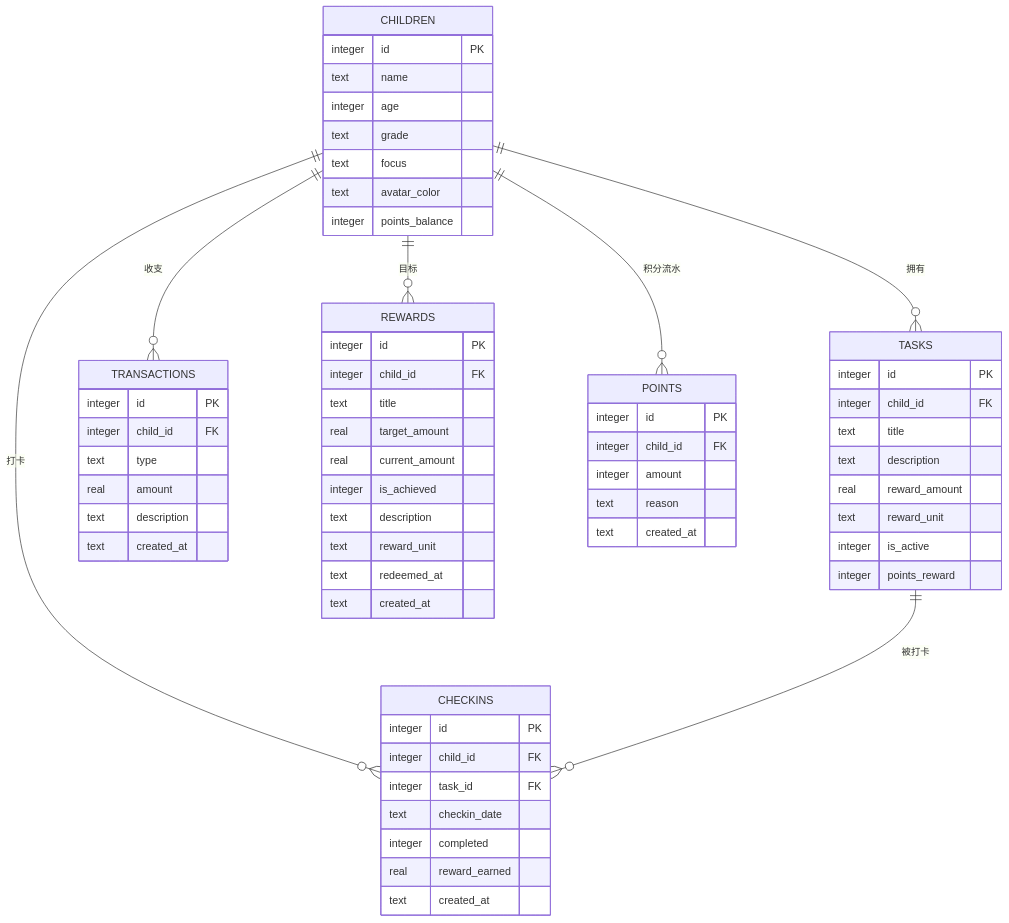
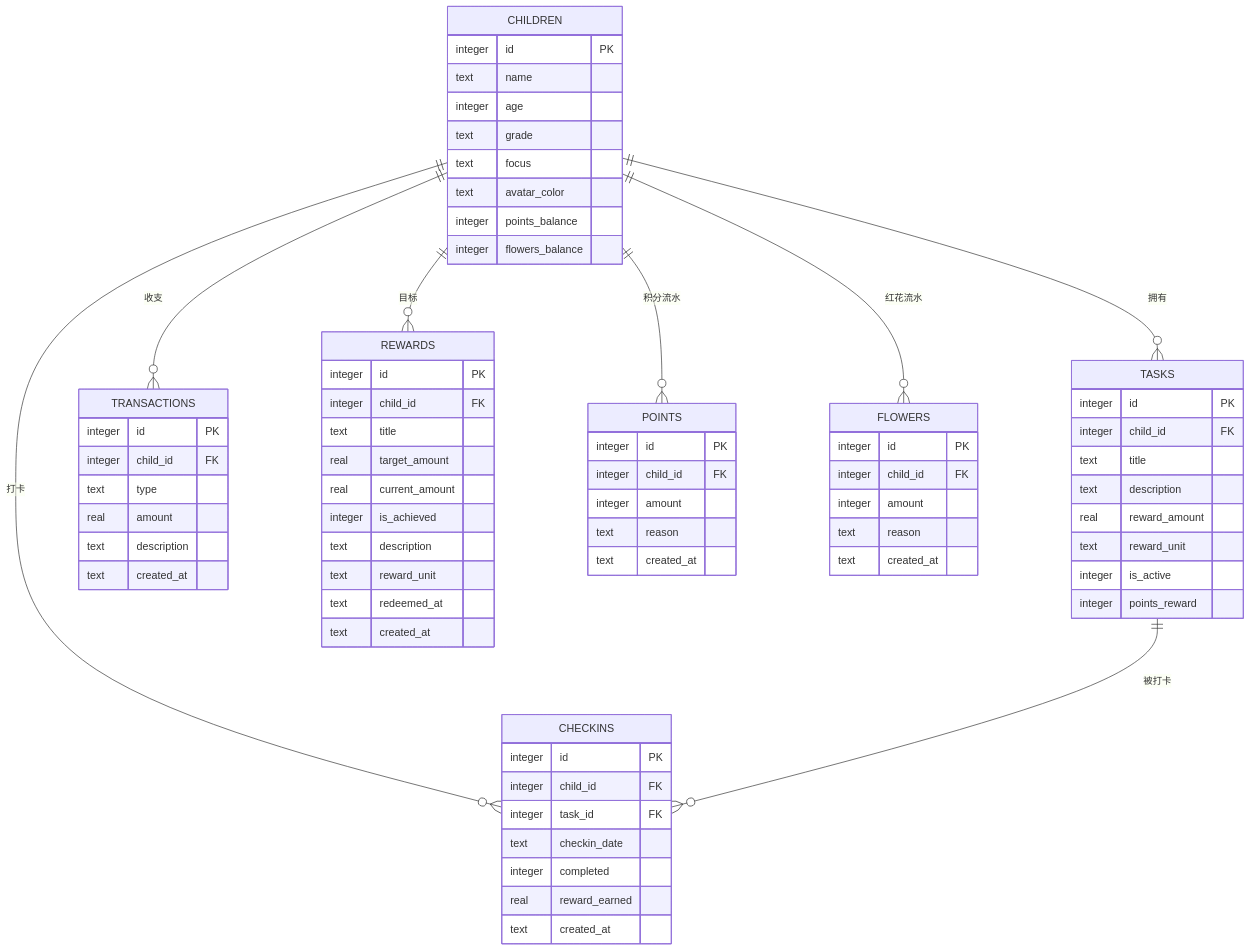
The second of 4 diagrams in .qoder/repowiki/zh/content/双货币激励体系.md (dawny123123/StarParadise), drawn with Mermaid before and after one commit. The commit also changed other lines of this file and 126 other files, not shown here.

````diff
--- a/.qoder/repowiki/zh/content/双货币激励体系.md
+++ b/.qoder/repowiki/zh/content/双货币激励体系.md
@@ -116,64 +138,73 @@
 ```mermaid
 erDiagram
 CHILDREN {
 integer id PK
 text name
 integer age
 text grade
 text focus
 text avatar_color
 integer points_balance
+integer flowers_balance
 }
 TASKS {
 integer id PK
 integer child_id FK
 text title
 text description
 real reward_amount
 text reward_unit
 integer is_active
 integer points_reward
 }
 CHECKINS {
 integer id PK
 integer child_id FK
 integer task_id FK
 text checkin_date
 integer completed
 real reward_earned
 text created_at
 }
 TRANSACTIONS {
 integer id PK
 integer child_id FK
 text type
 real amount
 text description
 text created_at
 }
 REWARDS {
 integer id PK
 integer child_id FK
 text title
 real target_amount
 real current_amount
 integer is_achieved
 text description
 text reward_unit
 text redeemed_at
 text created_at
 }
 POINTS {
 integer id PK
 integer child_id FK
 integer amount
 text reason
 text created_at
 }
+FLOWERS {
+integer id PK
+integer child_id FK
+integer amount
+text reason
+text created_at
+}
 CHILDREN ||--o{ TASKS : "拥有"
 CHILDREN ||--o{ CHECKINS : "打卡"
 CHILDREN ||--o{ TRANSACTIONS : "收支"
 CHILDREN ||--o{ REWARDS : "目标"
 CHILDREN ||--o{ POINTS : "积分流水"
+CHILDREN ||--o{ FLOWERS : "红花流水"
 TASKS ||--o{ CHECKINS : "被打卡"
 ```
````
